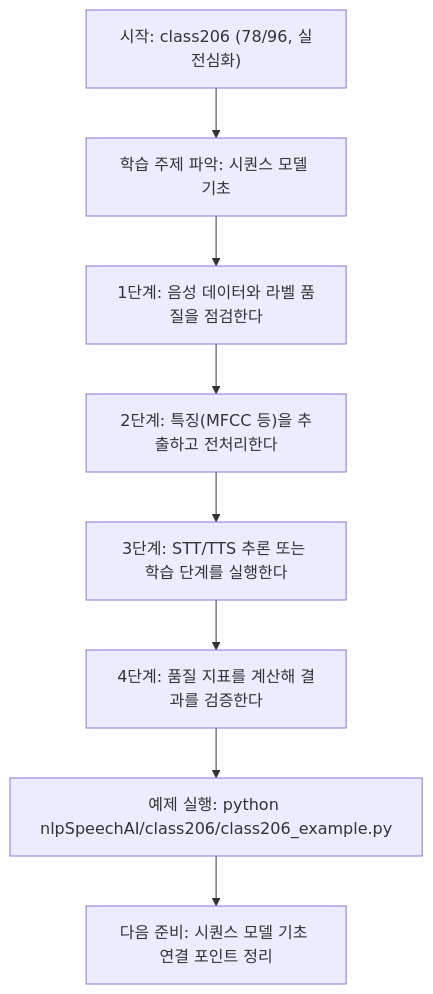
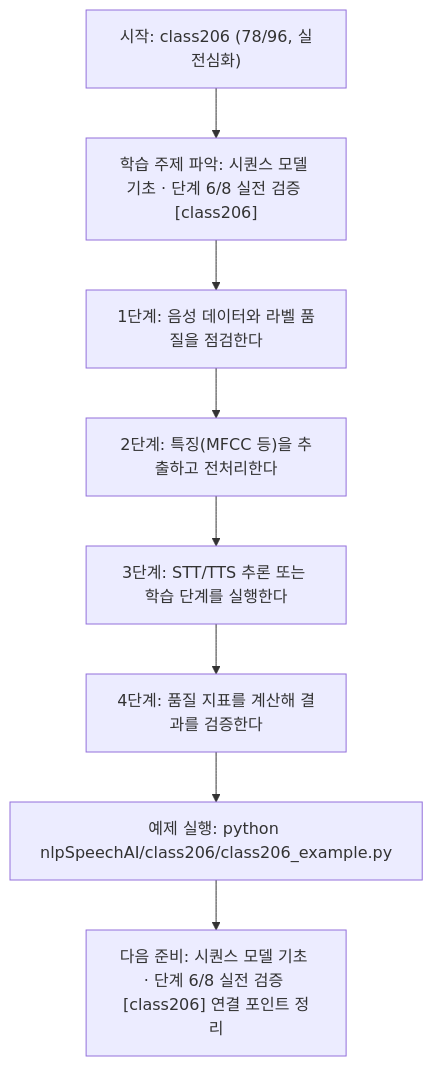
One commit to edumgt/Python-AI_Agent-Class changed the diagram in nlpSpeechAI/class206/class206.md. Above: the diagram before and after it, drawn with Mermaid. The commit also changed other lines of this file and 522 other files, not shown here.

````diff
--- a/nlpSpeechAI/class206/class206.md
+++ b/nlpSpeechAI/class206/class206.md
@@ -113,18 +114,18 @@
 ```mermaid
 flowchart TD
 N1["시작: class206 (78/96, 실전심화)"]
-N2["학습 주제 파악: 시퀀스 모델 기초"]
+N2["학습 주제 파악: 시퀀스 모델 기초 · 단계 6/8 실전 검증 [class206]"]
 N3["1단계: 음성 데이터와 라벨 품질을 점검한다"]
 N4["2단계: 특징(MFCC 등)을 추출하고 전처리한다"]
 N5["3단계: STT/TTS 추론 또는 학습 단계를 실행한다"]
 N6["4단계: 품질 지표를 계산해 결과를 검증한다"]
 N7["예제 실행: python nlpSpeechAI/class206/class206_example.py"]
-N8["다음 준비: 시퀀스 모델 기초 연결 포인트 정리"]
+N8["다음 준비: 시퀀스 모델 기초 · 단계 6/8 실전 검증 [class206] 연결 포인트 정리"]
 N1 --> N2
 N2 --> N3
 N3 --> N4
 N4 --> N5
 N5 --> N6
 N6 --> N7
 N7 --> N8
 ```
````
